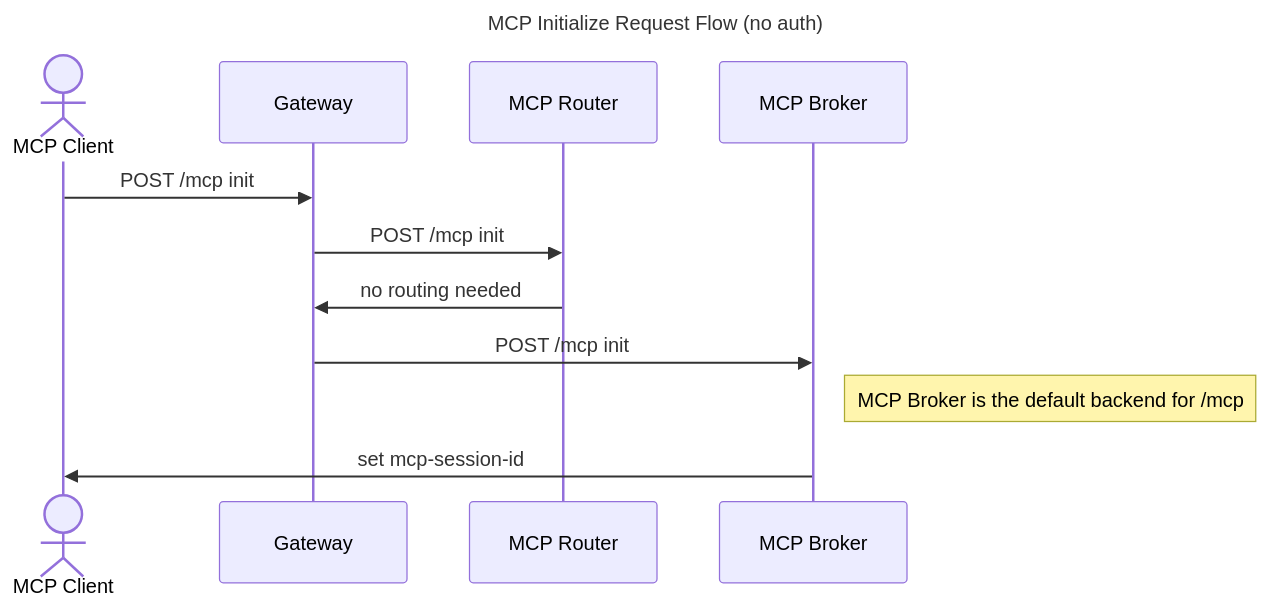
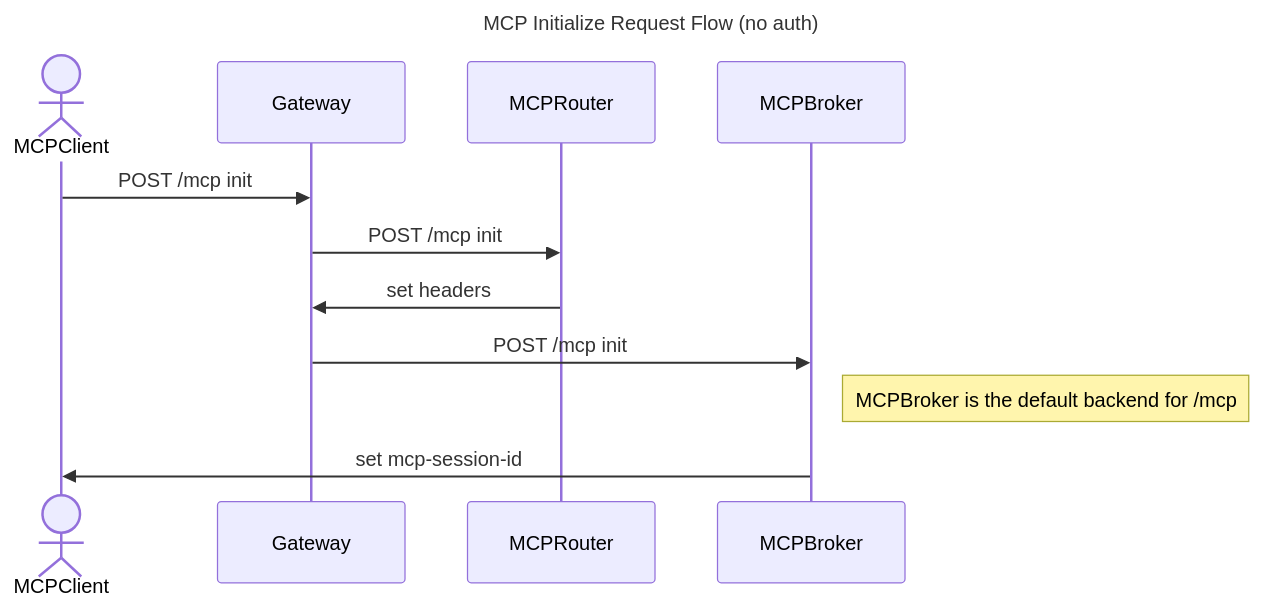
The second of 7 diagrams in docs/design/flows.md (esnible/mcp-gateway), drawn with Mermaid before and after one commit. The commit also changed other lines of this file, not shown here.

Commit message:
add some more simplified flow diagrams

````diff
--- a/docs/design/flows.md
+++ b/docs/design/flows.md
@@ -14,11 +58,11 @@
 ```mermaid
 sequenceDiagram
         title MCP Initialize Request Flow (no auth)
-        actor MCP Client
-        MCP Client->>Gateway: POST /mcp init
-        Gateway->>MCP Router: POST /mcp init
-        MCP Router->>Gateway: no routing needed
-        Gateway->>MCP Broker: POST /mcp init
-        note right of MCP Broker: MCP Broker is the default backend for /mcp
-        MCP Broker->>MCP Client: set mcp-session-id
+        actor MCPClient
+        MCPClient->>Gateway: POST /mcp init
+        Gateway->>MCPRouter: POST /mcp init
+        MCPRouter->>Gateway: set headers
+        Gateway->>MCPBroker: POST /mcp init
+        note right of MCPBroker: MCPBroker is the default backend for /mcp
+        MCPBroker->>MCPClient: set mcp-session-id
 ```
````
